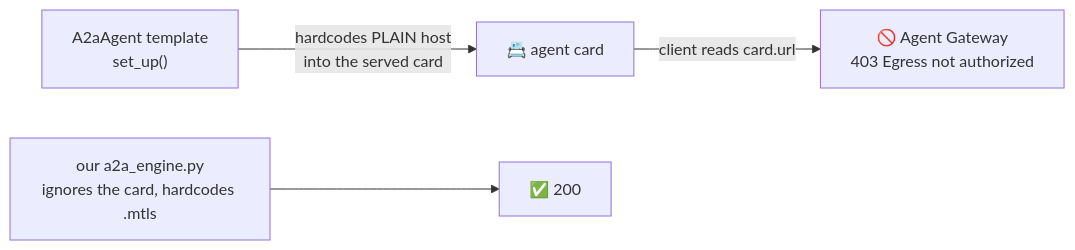
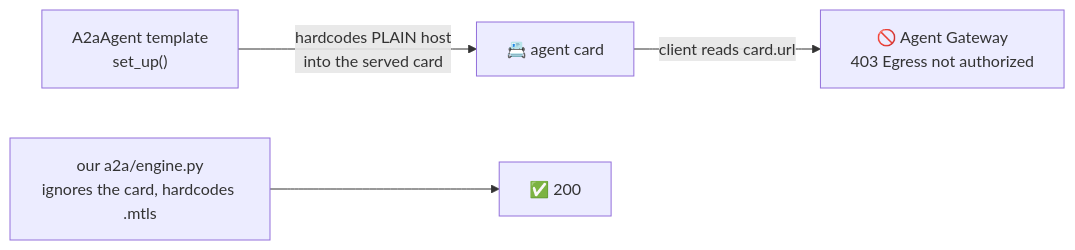
The diagram in eng-report/UPSTREAM-FR-a2a-client-gaps.md (weimeilin79/vibeflix-audit), drawn with Mermaid before and after one commit. The commit also changed other lines of this file and 4 other files, not shown here.

````diff
--- a/eng-report/UPSTREAM-FR-a2a-client-gaps.md
+++ b/eng-report/UPSTREAM-FR-a2a-client-gaps.md
@@ -16,6 +16,6 @@
 ```mermaid
 flowchart LR
   T["A2aAgent template<br/>set_up()"] -->|"hardcodes PLAIN host<br/>into the served card"| C["📇 agent card"]
   C -->|"client reads card.url"| X["🚫 Agent Gateway<br/>403 Egress not authorized"]
-  M["our a2a_engine.py<br/>ignores the card, hardcodes .mtls"] --> OK["✅ 200"]
+  M["our a2a/engine.py<br/>ignores the card, hardcodes .mtls"] --> OK["✅ 200"]
 ```
````
